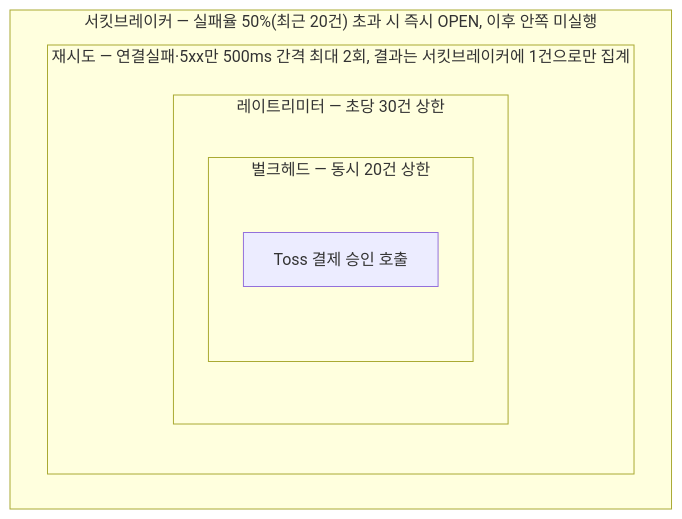
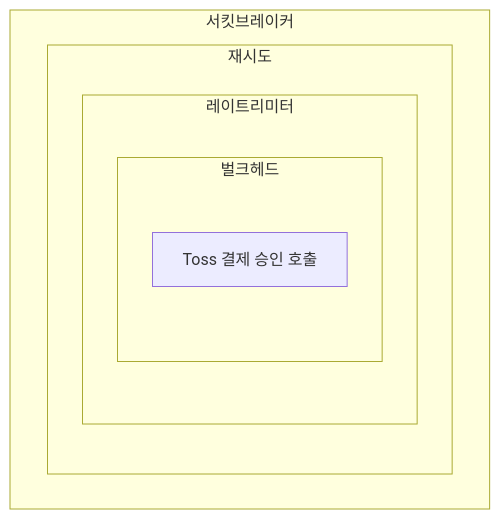
One commit to Jinpyo-An/Jinpyo-An.github.io changed the diagram in src/content/projects/project-1/troubleshooting/toss-payment-resilience-layers/index.md. Above: the diagram before and after it, drawn with Mermaid. The commit also changed other lines of this file, not shown here.

Commit message:
content: 결제 회복성 계층 트러블슈팅 문서 가독성 및 근거 정리
- 문제 정의 첫 문단을 원인/파급 효과 두 문단으로 분리
- mermaid 다이어그램 subgraph 라벨을 계층 이름만 남기고 슬림화(조건은 bullet에서만 설명)
- 원문자(①②) 목록 표기를 문서 스타일에 맞춰 '-' 목록으로 통일
- 로컬 레이트리미터 한계 설명을 스케일아웃 시 분산(Redis) 레이트리미터 전환 계획으로 간결화
- readTimeout 근거 재검증 문장 등 불필요한 세부 설명 제거

````diff
--- a/src/content/projects/project-1/troubleshooting/toss-payment-resilience-layers/index.md
+++ b/src/content/projects/project-1/troubleshooting/toss-payment-resilience-layers/index.md
@@ -25,12 +27,12 @@
 ```mermaid
 flowchart TB
-    subgraph L1["서킷브레이커 — 실패율 50%(최근 20건) 초과 시 즉시 OPEN, 이후 안쪽 미실행"]
-        subgraph L2["재시도 — 연결실패·5xx만 500ms 간격 최대 2회, 결과는 서킷브레이커에 1건으로만 집계"]
-            subgraph L3["레이트리미터 — 초당 30건 상한"]
-                subgraph L4["벌크헤드 — 동시 20건 상한"]
+    subgraph L1["서킷브레이커"]
+        subgraph L2["재시도"]
+            subgraph L3["레이트리미터"]
+                subgraph L4["벌크헤드"]
                     CALL["Toss 결제 승인 호출"]
                 end
             end
         end
     end
 ```
````
